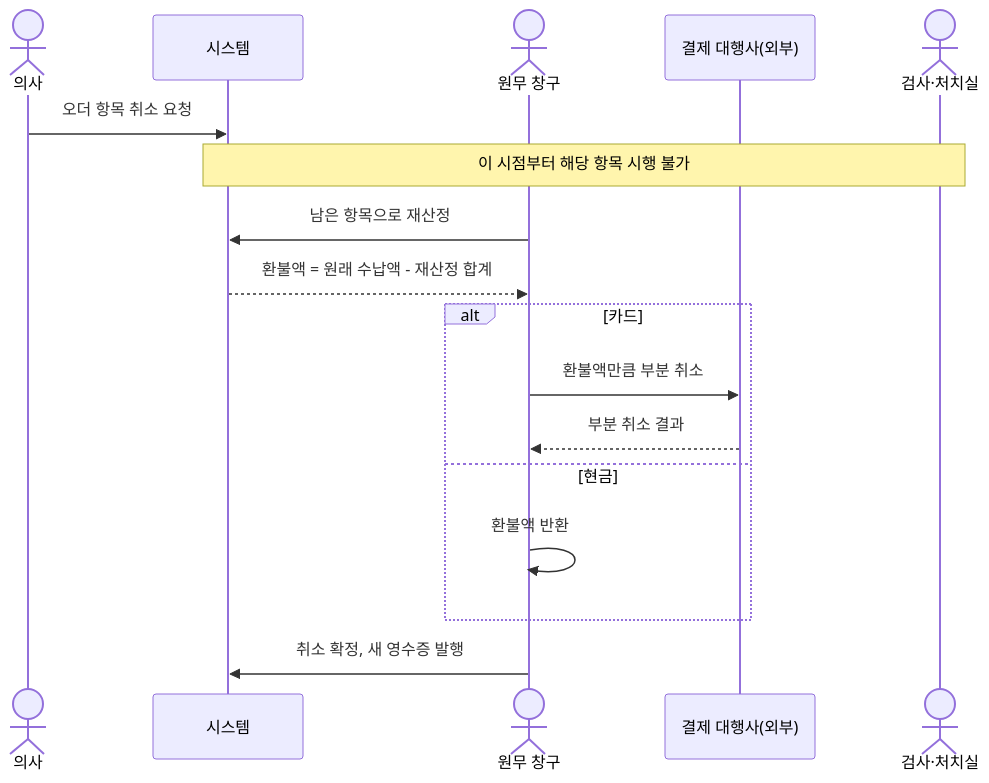
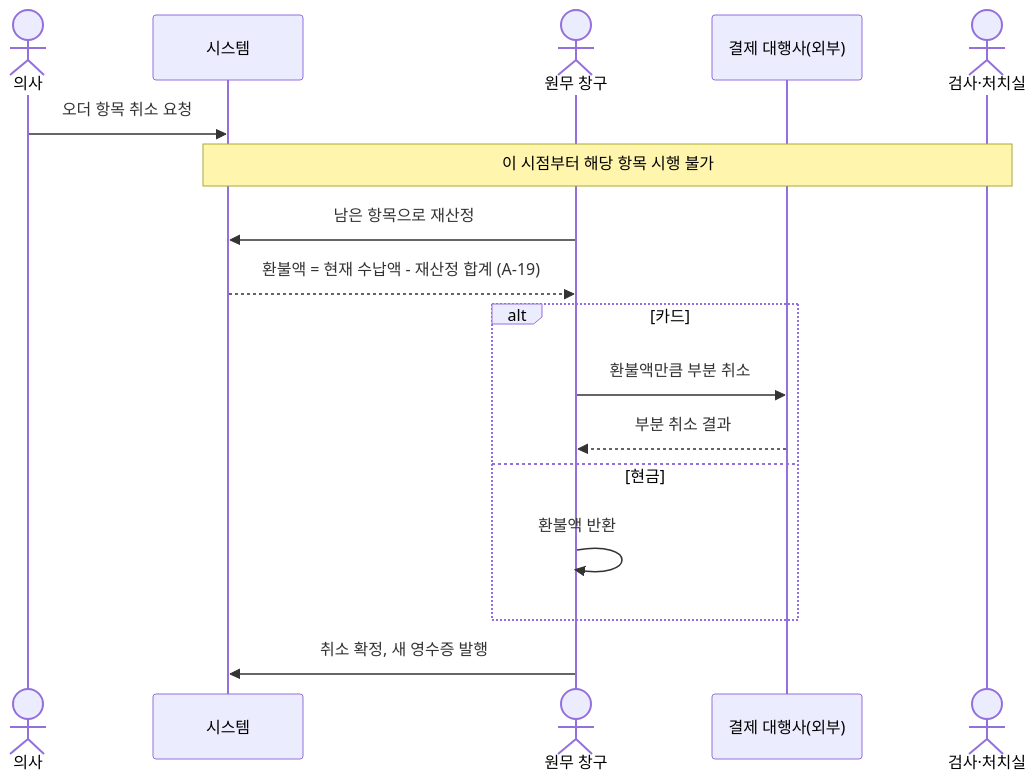
One commit to ITSTIME1/hts-emr changed the third of 6 diagrams in docs/domain/01-flow.md. Above: the diagram before and after it, drawn with Mermaid. The commit also changed other lines of this file, not shown here.

Commit message:
docs : 외래 수납 업무 흐름 보완(현재 수납액 기준 환불, 미수납 정의 축소, 수납 전 오더 취소 추가)

````diff
--- a/docs/domain/01-flow.md
+++ b/docs/domain/01-flow.md
@@ -201,20 +210,20 @@
 ```mermaid
 sequenceDiagram
     actor 의사
     participant 시스템
     actor 원무 as 원무 창구
     participant 대행사 as 결제 대행사(외부)
     actor 검사실 as 검사·처치실
 
     의사->>시스템: 오더 항목 취소 요청
     Note over 시스템,검사실: 이 시점부터 해당 항목 시행 불가
     원무->>시스템: 남은 항목으로 재산정
-    시스템-->>원무: 환불액 = 원래 수납액 - 재산정 합계
+    시스템-->>원무: 환불액 = 현재 수납액 - 재산정 합계 (A-19)
     alt 카드
         원무->>대행사: 환불액만큼 부분 취소
         대행사-->>원무: 부분 취소 결과
     else 현금
         원무->>원무: 환불액 반환
     end
     원무->>시스템: 취소 확정, 새 영수증 발행
 ```
````
